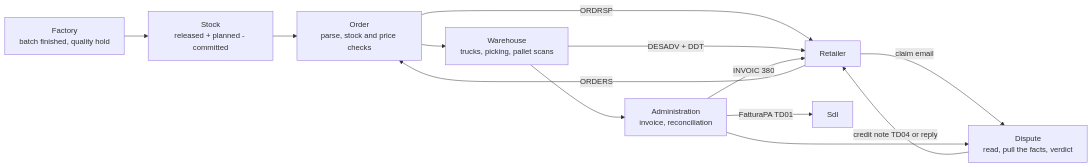
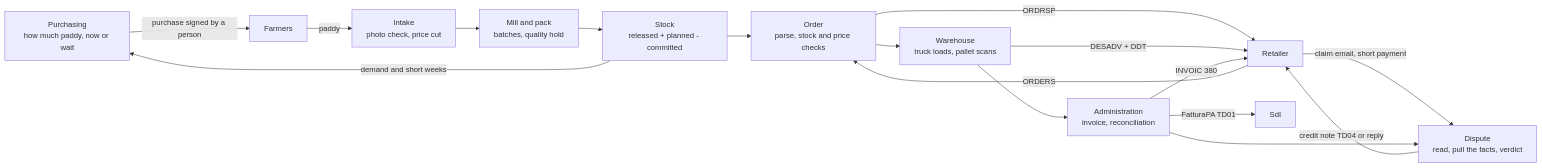
Before and after one commit to flavio-bernoni07/B.R.C-x-Grok: the diagram in README.md, drawn with Mermaid. The commit also changed other lines of this file, not shown here.

````diff
--- a/README.md
+++ b/README.md
@@ -41,15 +121,19 @@
 ```mermaid
 flowchart LR
-  F["Factory<br/>batch finished, quality hold"] --> S["Stock<br/>released + planned - committed"]
+  P["Purchasing<br/>how much paddy, now or wait"] -->|purchase signed by a person| FA["Farmers"]
+  FA -->|paddy| Q["Intake<br/>photo check, price cut"]
+  Q --> F["Mill and pack<br/>batches, quality hold"]
+  F --> S["Stock<br/>released + planned - committed"]
+  S -->|demand and short weeks| P
   R["Retailer"] -->|ORDERS| O["Order<br/>parse, stock and price checks"]
   S --> O
   O -->|ORDRSP| R
-  O --> W["Warehouse<br/>trucks, picking, pallet scans"]
+  O --> W["Warehouse<br/>truck loads, pallet scans"]
   W -->|DESADV + DDT| R
   W --> A["Administration<br/>invoice, reconciliation"]
   A -->|FatturaPA TD01| SDI["SdI"]
   A -->|INVOIC 380| R
-  R -->|claim email| D["Dispute<br/>read, pull the facts, verdict"]
+  R -->|claim email, short payment| D["Dispute<br/>read, pull the facts, verdict"]
   A --> D
   D -->|credit note TD04 or reply| R
 ```
````
